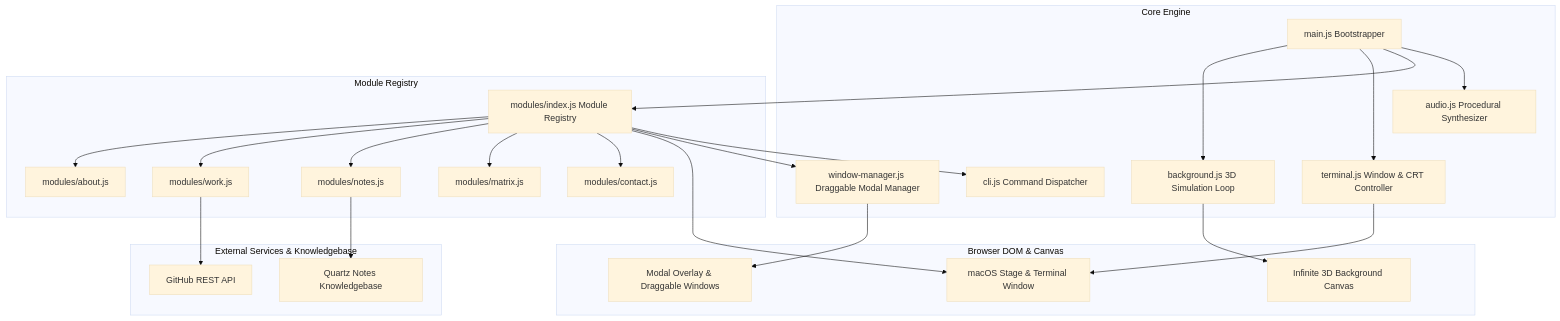
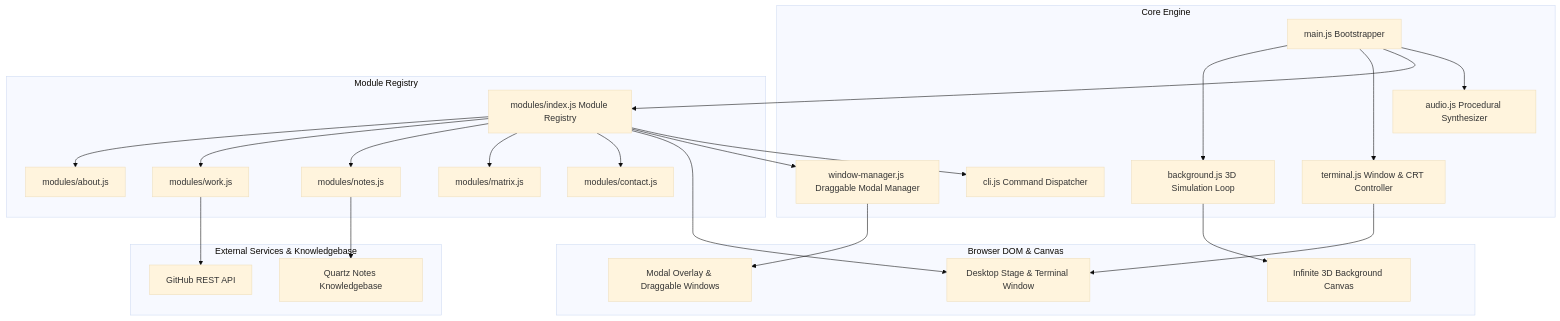
One commit to 0xM4lik/bunkernet changed the diagram in documentation.md. Above: the diagram before and after it, drawn with Mermaid (base theme). The commit also changed other lines of this file and 10 other files, not shown here.

````diff
--- a/documentation.md
+++ b/documentation.md
@@ -43,53 +43,53 @@
 ```mermaid
 graph TD
     subgraph Browser DOM & Canvas
         Canvas[Infinite 3D Background Canvas]
-        Stage[macOS Stage & Terminal Window]
+        Stage[Desktop Stage & Terminal Window]
         Overlay[Modal Overlay & Draggable Windows]
     end
 
     subgraph Core Engine
         Main[main.js Bootstrapper]
         Audio[audio.js Procedural Synthesizer]
         BgSim[background.js 3D Simulation Loop]
         Term[terminal.js Window & CRT Controller]
         CLI[cli.js Command Dispatcher]
         WinMgr[window-manager.js Draggable Modal Manager]
     end
 
     subgraph Module Registry
         Registry[modules/index.js Module Registry]
         ModAbout[modules/about.js]
         ModWork[modules/work.js]
         ModNotes[modules/notes.js]
         ModMatrix[modules/matrix.js]
         ModContact[modules/contact.js]
     end
 
     subgraph External Services & Knowledgebase
         GitHub[GitHub REST API]
         Quartz[Quartz Notes Knowledgebase]
     end
 
     Main --> BgSim
     Main --> Term
     Main --> Registry
     Main --> Audio
 
     Registry --> ModAbout
     Registry --> ModWork
     Registry --> ModNotes
     Registry --> ModMatrix
     Registry --> ModContact
 
     Registry --> Stage
     Registry --> WinMgr
     Registry --> CLI
 
     WinMgr --> Overlay
     Term --> Stage
     BgSim --> Canvas
 
     ModWork --> GitHub
     ModNotes --> Quartz
 ```
````
